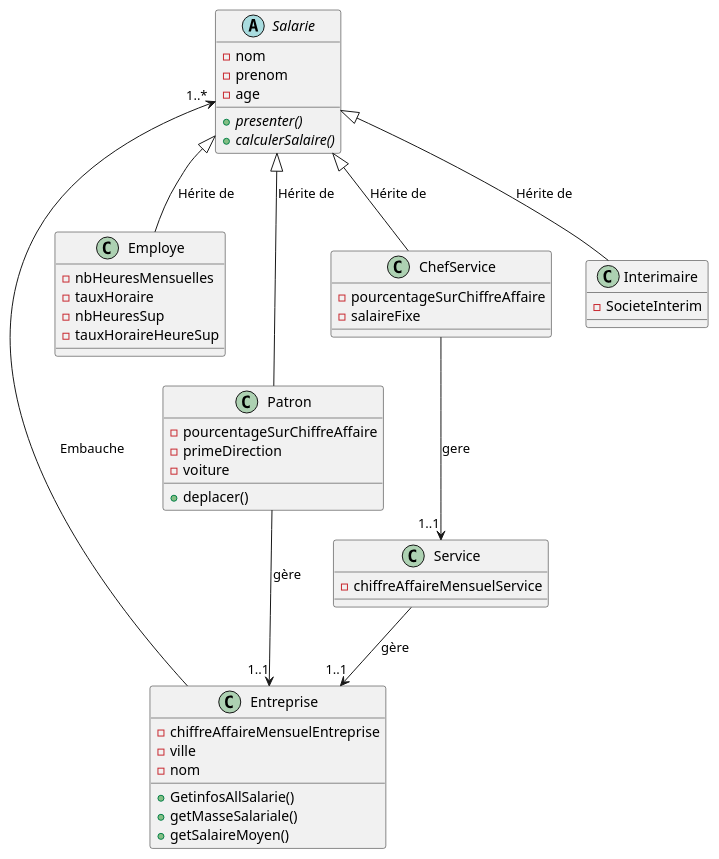
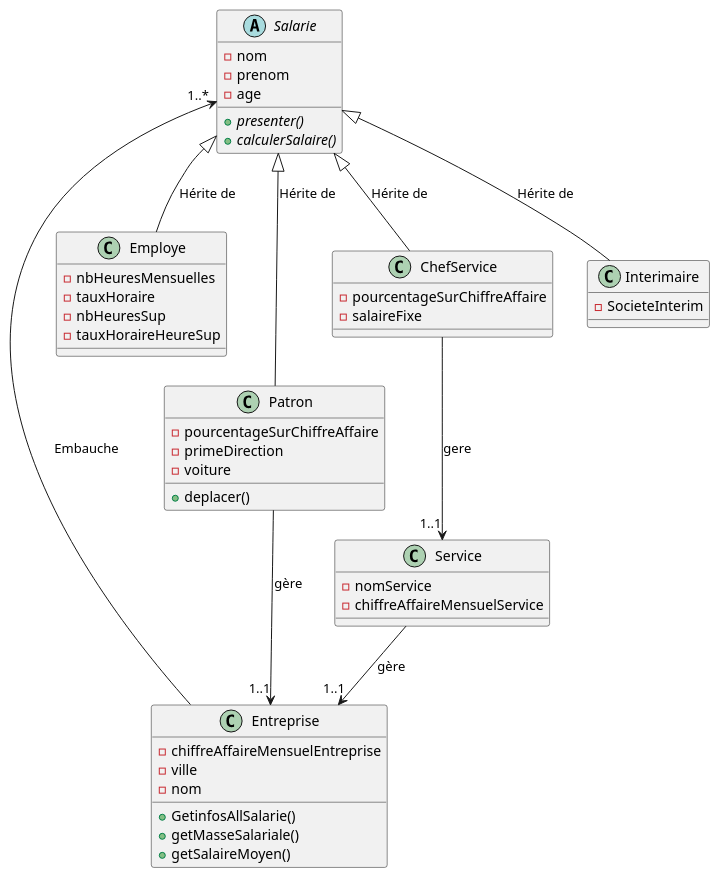
The diagram in doc/diagrame de calsses.puml (danicolasss/php), drawn with PlantUML before and after one commit. The commit also changed 9 other files, not shown here.

```diff
--- a/doc/diagrame de calsses.puml
+++ b/doc/diagrame de calsses.puml
@@ -1,54 +1,55 @@
 @startuml
 'https://plantuml.com/class-diagram
 abstract class Salarie{
  -nom
  -prenom
  -age
 
  {abstract}+presenter()
  {abstract}+calculerSalaire()
 }
 class Employe{
 -nbHeuresMensuelles
 -tauxHoraire
 -nbHeuresSup
 -tauxHoraireHeureSup
 }
 
 class Patron{
  -pourcentageSurChiffreAffaire
  -primeDirection
  -voiture
  +deplacer()
  }
 
  class ChefService{
  -pourcentageSurChiffreAffaire
  -salaireFixe
  }
 
  class Entreprise{
  -chiffreAffaireMensuelEntreprise
  -ville
  -nom
  +GetinfosAllSalarie()
  +getMasseSalariale()
  +getSalaireMoyen()
 
  }
  class Service{
+ -nomService
   -chiffreAffaireMensuelService
  }
  class Interimaire{
  -SocieteInterim
  }
 Patron       --> "1..1" Entreprise: gère
 Service      --> "1..1" Entreprise: gère
 ChefService  --> "1..1" Service: gere
 Patron      -up-|>     Salarie: Hérite de
 Entreprise  -up>"1..*" Salarie: Embauche
 ChefService -up-|>     Salarie: Hérite de
 Employe     -up-|>     Salarie: Hérite de
 Interimaire -up-|>     Salarie: Hérite de
 
 @enduml
```
